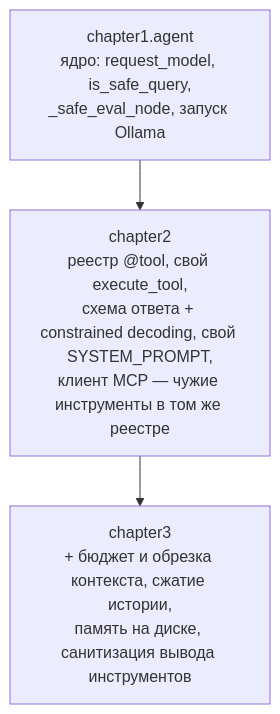
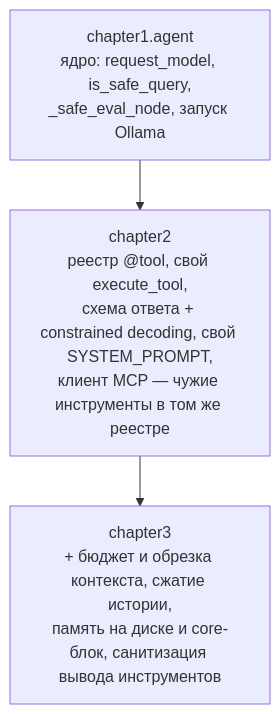
Before and after one commit to io982/firstAgent: the diagram in README.md, drawn with Mermaid. The commit also changed other lines of this file and 9 other files, not shown here.

First line of the commit message:
Глава 3: core memory — блок, который агент правит сам

````diff
--- a/README.md
+++ b/README.md
@@ -357,6 +360,6 @@
 ```mermaid
 graph TD
     Base["chapter1.agent<br/>ядро: request_model, is_safe_query,<br/>_safe_eval_node, запуск Ollama"]
     Base --> Ch2["chapter2<br/>реестр @tool, свой execute_tool,<br/>схема ответа + constrained decoding, свой SYSTEM_PROMPT,<br/>клиент MCP — чужие инструменты в том же реестре"]
-    Ch2 --> Ch3["chapter3<br/>+ бюджет и обрезка контекста, сжатие истории,<br/>память на диске, санитизация вывода инструментов"]
+    Ch2 --> Ch3["chapter3<br/>+ бюджет и обрезка контекста, сжатие истории,<br/>память на диске и core-блок, санитизация вывода инструментов"]
 ```
````
